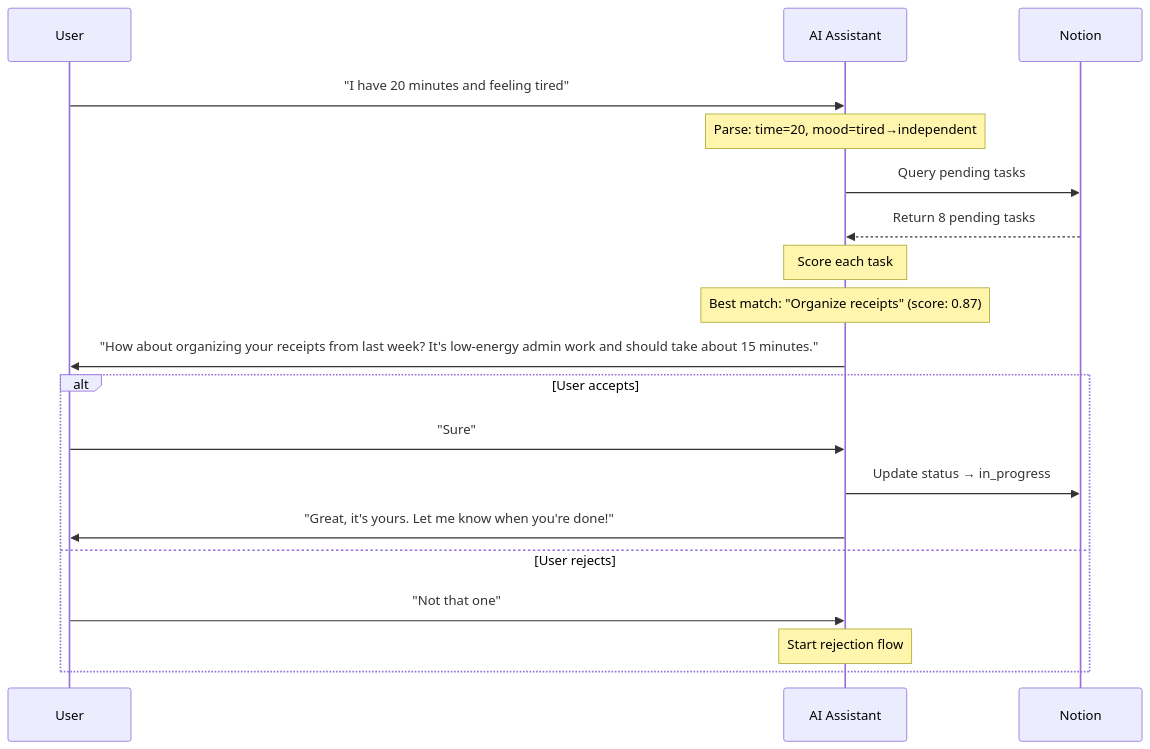
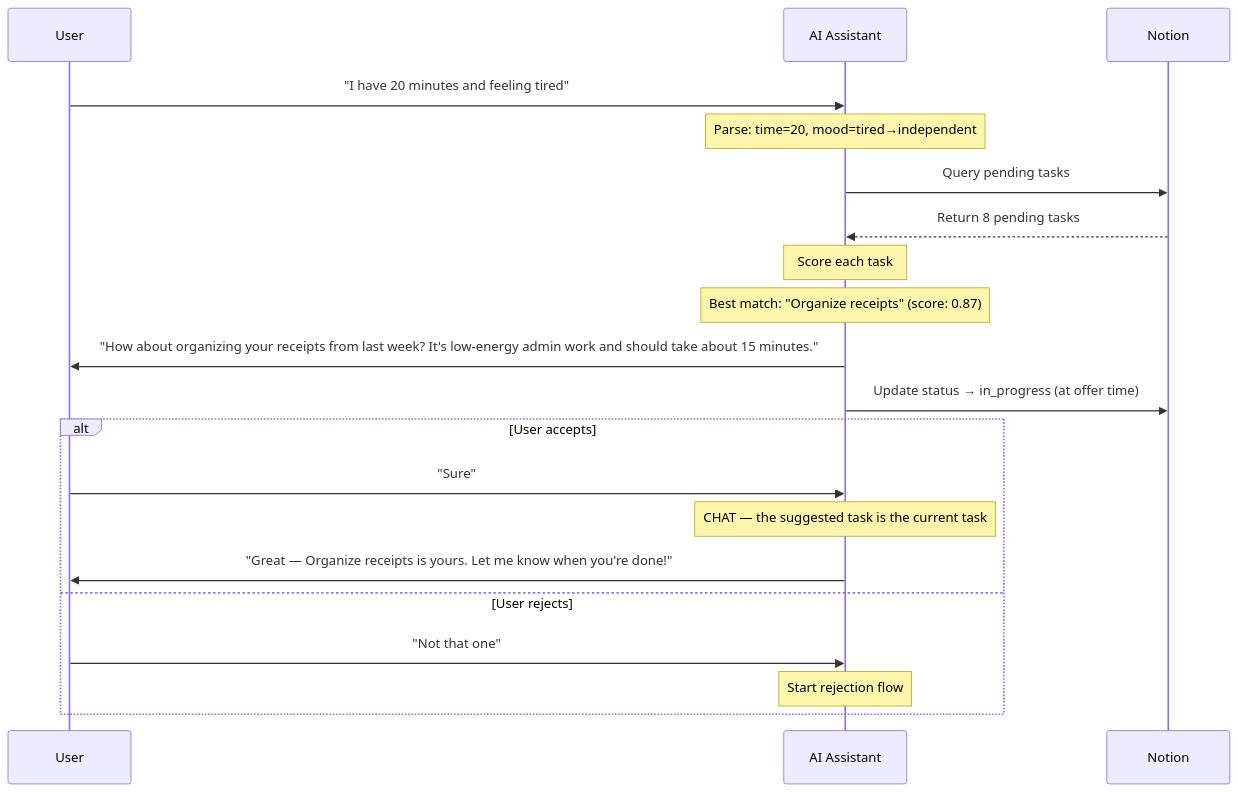
One commit to NickBorgersProbably/hide-my-list changed the fifth of 28 diagrams in docs/user-interactions.md. Above: the diagram before and after it, drawn with Mermaid. The commit also changed other lines of this file and 11 other files, not shown here.

````diff
--- a/docs/user-interactions.md
+++ b/docs/user-interactions.md
@@ -126,27 +144,29 @@
 ```mermaid
 sequenceDiagram
     participant U as User
     participant AI as AI Assistant
     participant N as Notion
 
     U->>AI: "I have 20 minutes and feeling tired"
 
     Note over AI: Parse: time=20, mood=tired→independent
 
     AI->>N: Query pending tasks
     N-->>AI: Return 8 pending tasks
 
     Note over AI: Score each task
     Note over AI: Best match: "Organize receipts" (score: 0.87)
 
     AI->>U: "How about organizing your receipts from last week? It's low-energy admin work and should take about 15 minutes."
 
+    AI->>N: Update status → in_progress (at offer time)
+
     alt User accepts
         U->>AI: "Sure"
-        AI->>N: Update status → in_progress
-        AI->>U: "Great, it's yours. Let me know when you're done!"
+        Note over AI: CHAT — the suggested task is the current task
+        AI->>U: "Great — Organize receipts is yours. Let me know when you're done!"
     else User rejects
         U->>AI: "Not that one"
         Note over AI: Start rejection flow
     end
 ```
````
